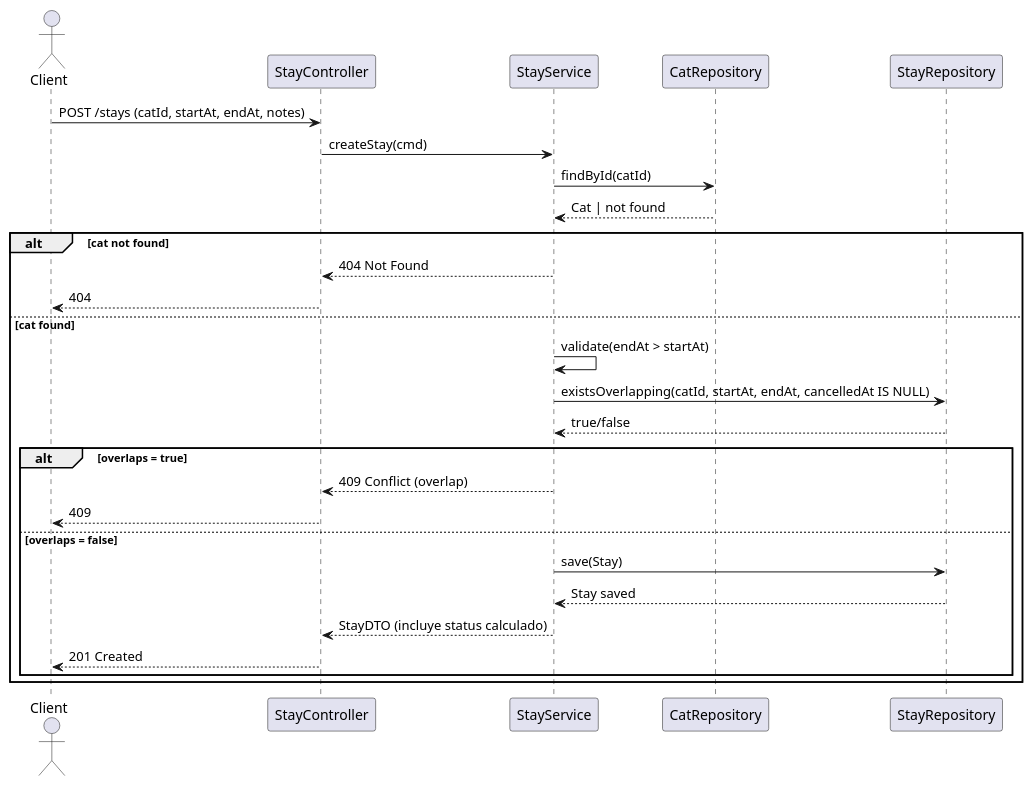
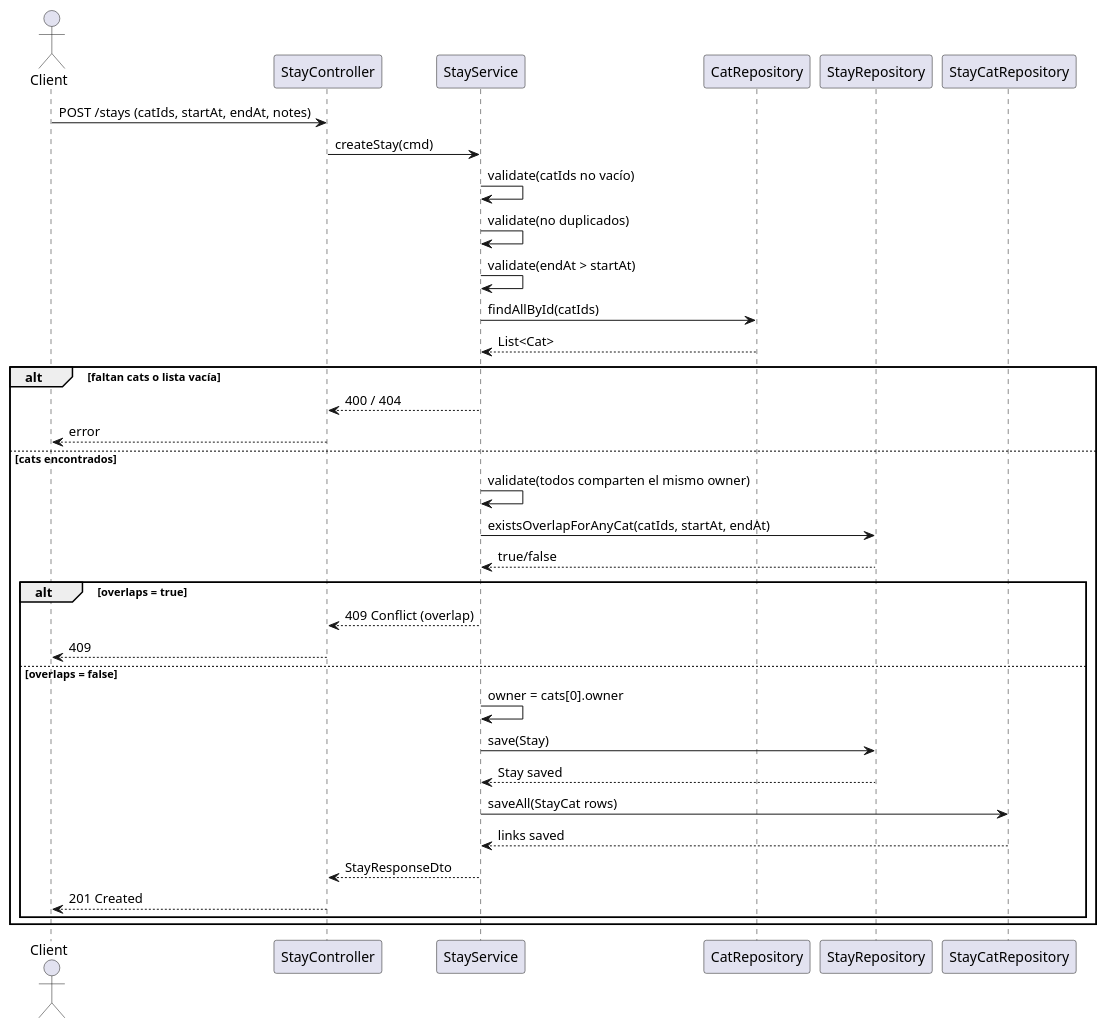
The diagram in docs/uml/04-sequence-create-stay.puml (TheZenithPassage/catworld), drawn with PlantUML before and after one commit. The commit also changed 4 other files, not shown here.

Commit message:
docs: update UML and architecture for multi-cat stays

```diff
--- a/docs/uml/04-sequence-create-stay.puml
+++ b/docs/uml/04-sequence-create-stay.puml
@@ -1,33 +1,40 @@
 @startuml
 actor Client as client
 participant "StayController" as controller
 participant "StayService" as service
 participant "CatRepository" as catRepo
 participant "StayRepository" as stayRepo
+participant "StayCatRepository" as stayCatRepo
 
-client -> controller: POST /stays (catId, startAt, endAt, notes)
+client -> controller: POST /stays (catIds, startAt, endAt, notes)
 controller -> service: createStay(cmd)
 
-service -> catRepo: findById(catId)
-catRepo --> service: Cat | not found
+service -> service: validate(catIds no vacío)
+service -> service: validate(no duplicados)
+service -> service: validate(endAt > startAt)
+service -> catRepo: findAllById(catIds)
+catRepo --> service: List<Cat>
 
-alt cat not found
-  service --> controller: 404 Not Found
-  controller --> client: 404
-else cat found
-  service -> service: validate(endAt > startAt)
-  service -> stayRepo: existsOverlapping(catId, startAt, endAt, cancelledAt IS NULL)
+alt faltan cats o lista vacía
+  service --> controller: 400 / 404
+  controller --> client: error
+else cats encontrados
+  service -> service: validate(todos comparten el mismo owner)
+  service -> stayRepo: existsOverlapForAnyCat(catIds, startAt, endAt)
   stayRepo --> service: true/false
 
   alt overlaps = true
     service --> controller: 409 Conflict (overlap)
     controller --> client: 409
   else overlaps = false
+    service -> service: owner = cats[0].owner
     service -> stayRepo: save(Stay)
     stayRepo --> service: Stay saved
-    service --> controller: StayDTO (incluye status calculado)
+    service -> stayCatRepo: saveAll(StayCat rows)
+    stayCatRepo --> service: links saved
+    service --> controller: StayResponseDto
     controller --> client: 201 Created
   end
 end
 
 @enduml
```
